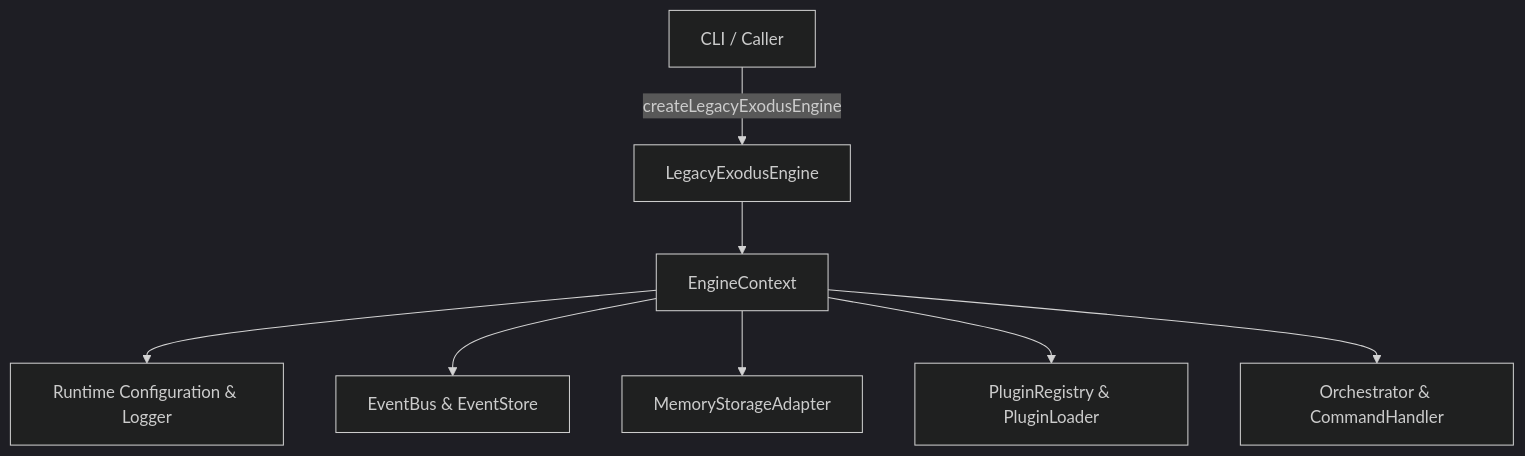
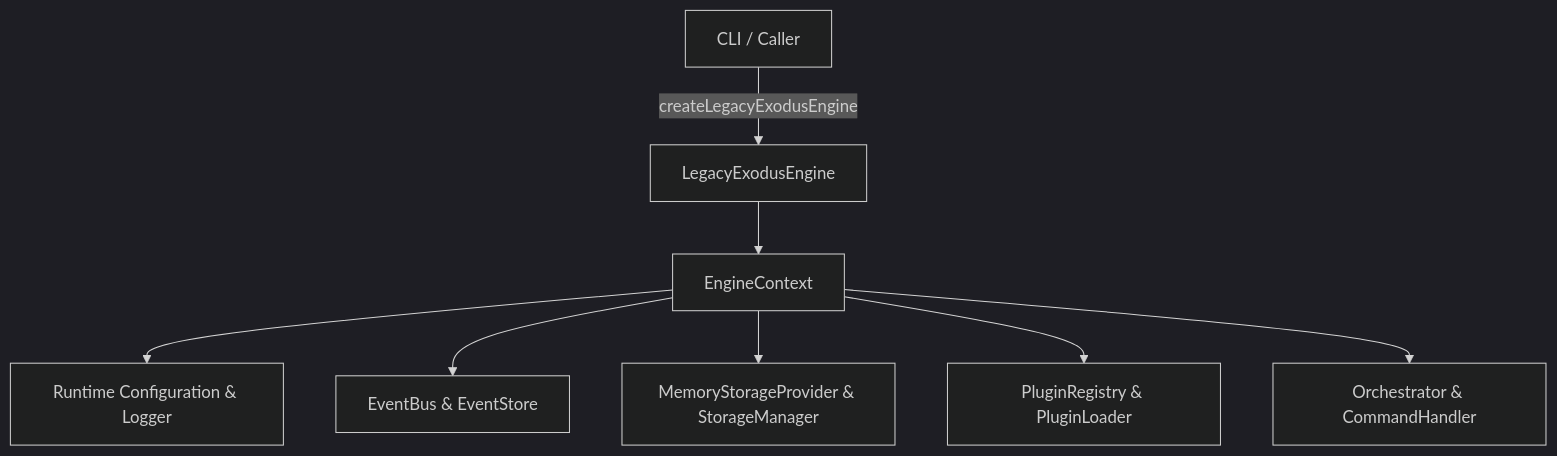
One commit to raitaskeen/LegacyExodus changed the first of 2 diagrams in docs/implementation/core-engine.md. Above: the diagram before and after it, drawn with Mermaid (dark theme). The commit also changed 14 other files, not shown here.

````diff
--- a/docs/implementation/core-engine.md
+++ b/docs/implementation/core-engine.md
@@ -11,10 +11,10 @@
 ```mermaid
 flowchart TD
-    A[CLI / Caller] -->|createLegacyExodusEngine| B[LegacyExodusEngine]
-    B --> C[EngineContext]
-    C --> D[Runtime Configuration & Logger]
-    C --> E[EventBus & EventStore]
-    C --> F[MemoryStorageAdapter]
-    C --> G[PluginRegistry & PluginLoader]
-    C --> H[Orchestrator & CommandHandler]
+    A["CLI / Caller"] -->|createLegacyExodusEngine| B["LegacyExodusEngine"]
+    B --> C["EngineContext"]
+    C --> D["Runtime Configuration & Logger"]
+    C --> E["EventBus & EventStore"]
+    C --> F["MemoryStorageProvider & StorageManager"]
+    C --> G["PluginRegistry & PluginLoader"]
+    C --> H["Orchestrator & CommandHandler"]
 ```
````
